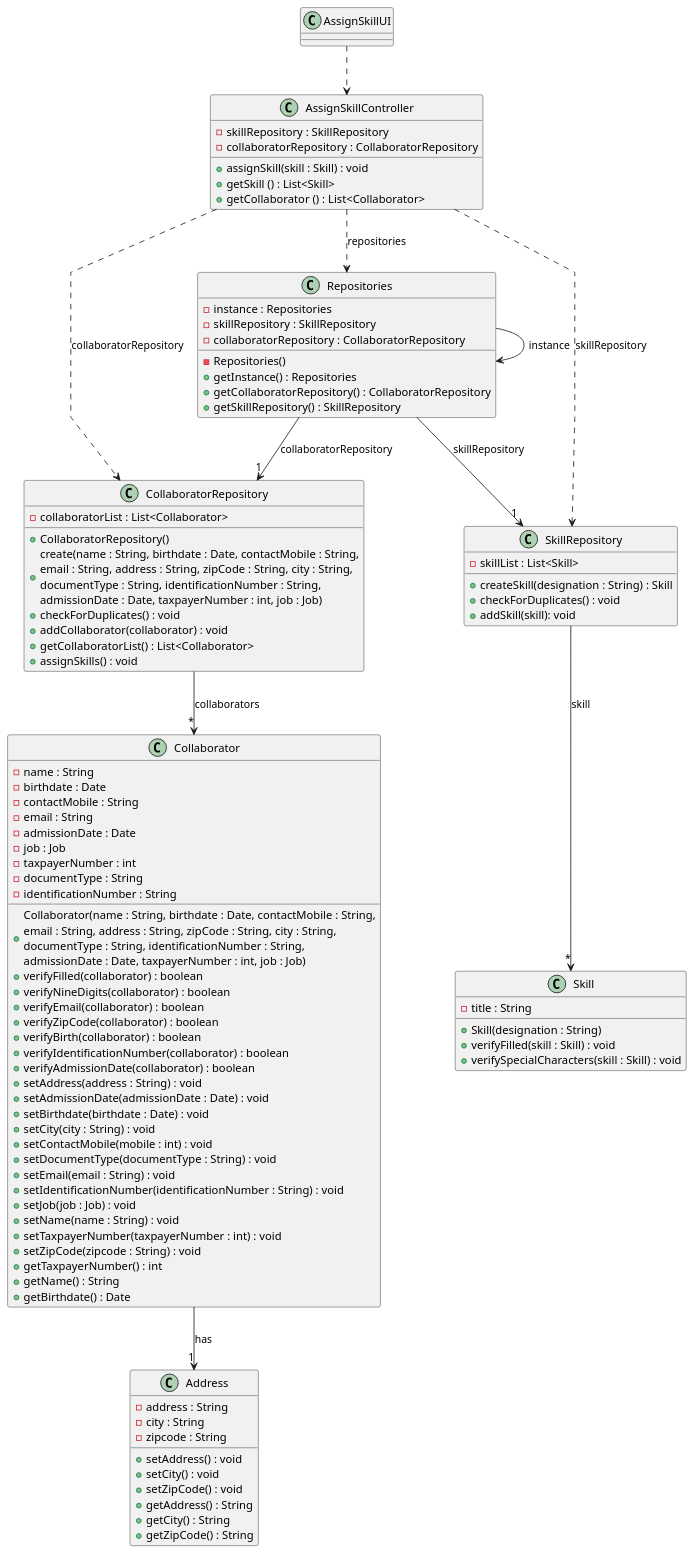
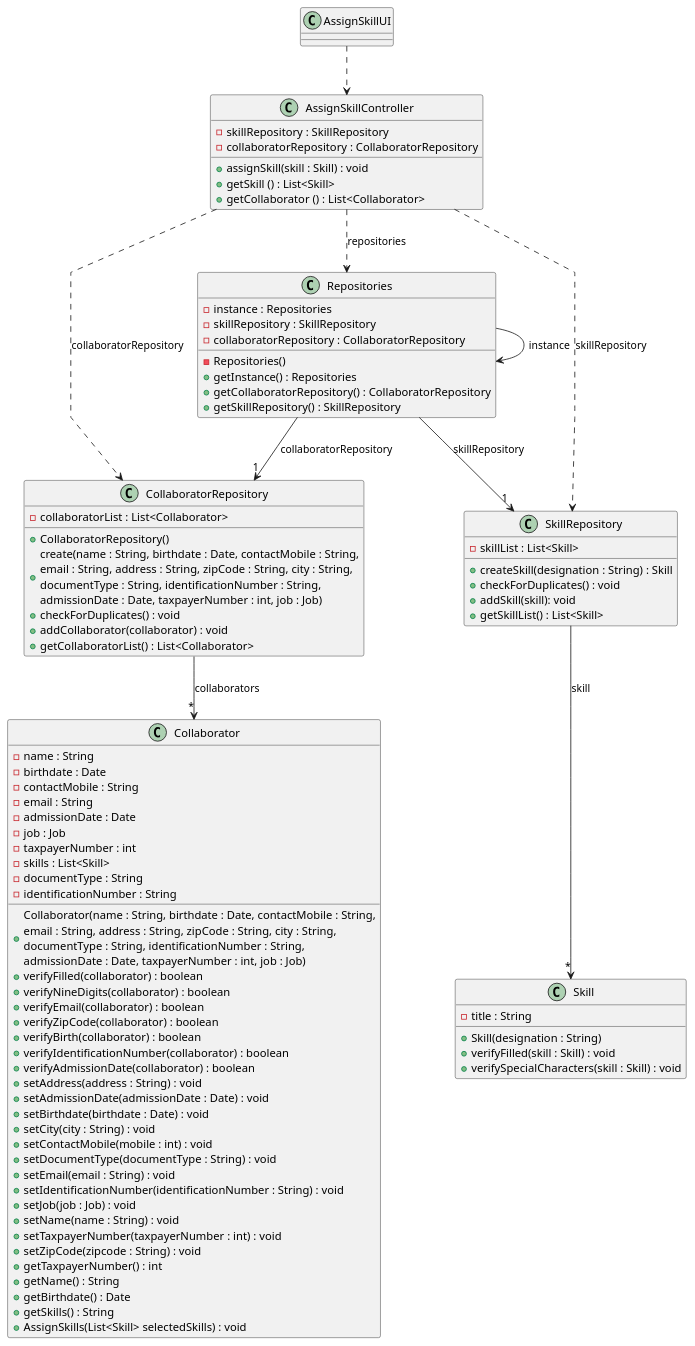
One commit to ricardomm7/leaflink changed the diagram in docs/sprintC/us004/03.design/puml/us004-class-diagram.puml. Above: the diagram before and after it, drawn with PlantUML. The commit also changed 4 other files, not shown here.

```diff
--- a/docs/sprintC/us004/03.design/puml/us004-class-diagram.puml
+++ b/docs/sprintC/us004/03.design/puml/us004-class-diagram.puml
@@ -1,110 +1,100 @@
 @startuml
 skinparam packageStyle rectangle
 skinparam shadowing false
 skinparam linetype polyline
 
 class AssignSkillUI {
 }
 
 class AssignSkillController {
     - skillRepository : SkillRepository
     - collaboratorRepository : CollaboratorRepository
     + assignSkill(skill : Skill) : void
     + getSkill () : List<Skill>
     + getCollaborator () : List<Collaborator>
 }
 
 class Repositories {
     - instance : Repositories
     - Repositories()
     -skillRepository : SkillRepository
     -collaboratorRepository : CollaboratorRepository
     + getInstance() : Repositories
     + getCollaboratorRepository() : CollaboratorRepository
     + getSkillRepository() : SkillRepository
 }
 
 class CollaboratorRepository {
     -collaboratorList : List<Collaborator>
     +CollaboratorRepository()
     + create(name : String, birthdate : Date, contactMobile : String,\nemail : String, address : String, zipCode : String, city : String,\ndocumentType : String, identificationNumber : String, \nadmissionDate : Date, taxpayerNumber : int, job : Job)
     + checkForDuplicates() : void
     + addCollaborator(collaborator) : void
     + getCollaboratorList() : List<Collaborator>
-    + assignSkills() : void
 }
 
 class SkillRepository {
      - skillList : List<Skill>
      + createSkill(designation : String) : Skill
      + checkForDuplicates() : void
      + addSkill(skill): void
+     + getSkillList() : List<Skill>
 }
 
 class Collaborator {
     - name : String
     - birthdate : Date
     - contactMobile : String
     - email : String
     - admissionDate : Date
     - job : Job
     - taxpayerNumber : int
+    - skills : List<Skill>
     + Collaborator(name : String, birthdate : Date, contactMobile : String,\nemail : String, address : String, zipCode : String, city : String,\ndocumentType : String, identificationNumber : String, \nadmissionDate : Date, taxpayerNumber : int, job : Job)
     + verifyFilled(collaborator) : boolean
     + verifyNineDigits(collaborator) : boolean
     + verifyEmail(collaborator) : boolean
     + verifyZipCode(collaborator) : boolean
     + verifyBirth(collaborator) : boolean
     + verifyIdentificationNumber(collaborator) : boolean
     + verifyAdmissionDate(collaborator) : boolean
     - documentType : String
     - identificationNumber : String
     +setAddress(address : String) : void
     +setAdmissionDate(admissionDate : Date) : void
     +setBirthdate(birthdate : Date) : void
     +setCity(city : String) : void
     +setContactMobile(mobile : int) : void
     +setDocumentType(documentType : String) : void
     +setEmail(email : String) : void
     +setIdentificationNumber(identificationNumber : String) : void
     +setJob(job : Job) : void
     +setName(name : String) : void
     +setTaxpayerNumber(taxpayerNumber : int) : void
     +setZipCode(zipcode : String) : void
     +getTaxpayerNumber() : int
     +getName() : String
     +getBirthdate() : Date
-}
-
-class Address {
-    -address : String
-    -city : String
-    -zipcode : String
-    +setAddress() : void
-    +setCity() : void
-    +setZipCode() : void
-    +getAddress() : String
-    +getCity() : String
-    +getZipCode() : String
+    +getSkills() : String
+    +AssignSkills(List<Skill> selectedSkills) : void
 }
 
 class Skill {
     - title : String
     + Skill(designation : String)
     + verifyFilled(skill : Skill) : void
     + verifySpecialCharacters(skill : Skill) : void
 }
 
 AssignSkillUI ..> AssignSkillController
 AssignSkillController ..> Repositories : repositories
 Repositories --> Repositories : instance
 Repositories --> "1" CollaboratorRepository : collaboratorRepository
 Repositories --> "1" SkillRepository : skillRepository
 AssignSkillController ..> CollaboratorRepository : collaboratorRepository
 AssignSkillController ..> SkillRepository : skillRepository
 CollaboratorRepository --> "*" Collaborator : collaborators
 SkillRepository --> "*" Skill : skill
-Collaborator --> "1" Address : has
 
 
 @enduml
```
